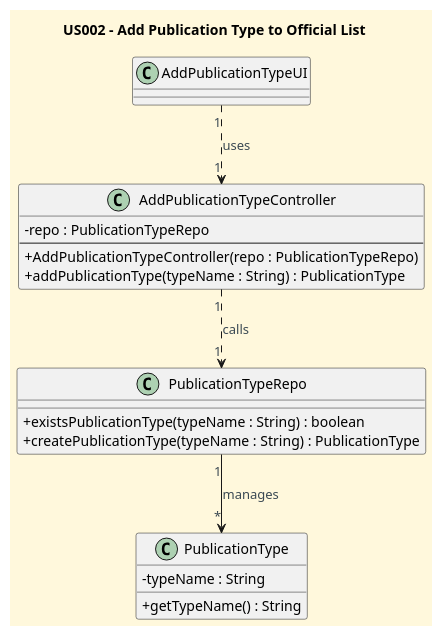
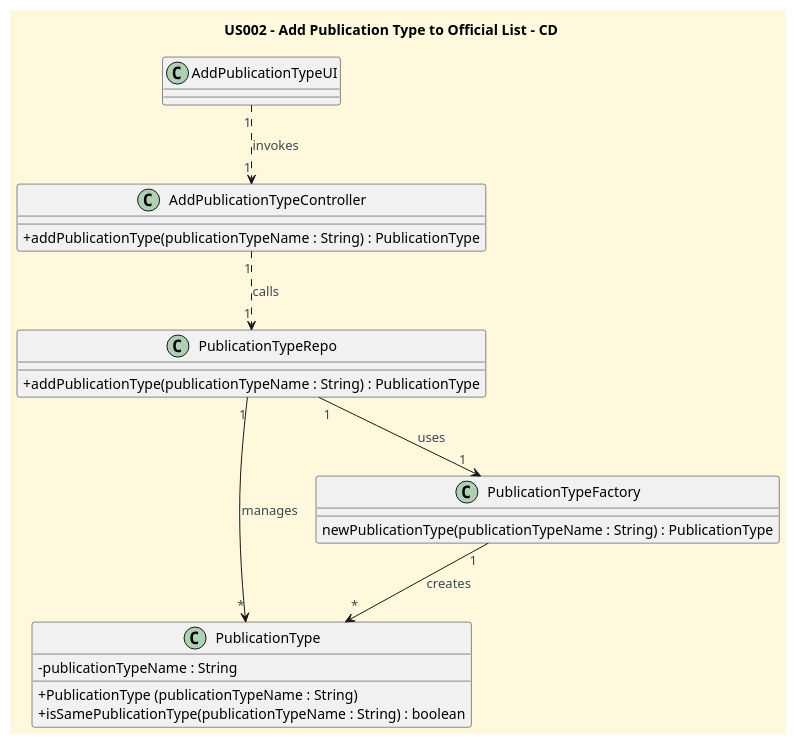
One commit to CarolinaLeite-collab/JavaMarketplacePlatform changed the diagram in docs/userStories/US002/US002_add_a_new_publication_type_CD.puml. Above: the diagram before and after it, drawn with PlantUML. The commit also changed 1 other file, not shown here.

```diff
--- a/docs/userStories/US002/US002_add_a_new_publication_type_CD.puml
+++ b/docs/userStories/US002/US002_add_a_new_publication_type_CD.puml
@@ -1,43 +1,50 @@
 @startuml
-title US002 - Add Publication Type to Official List
+title US002 - Add Publication Type to Official List - CD
 
 skinparam monochrome false
 skinparam shadowing false
 skinparam defaultFontName Futura
 skinparam objectFontSize 20
 skinparam backgroundColor CornSilk
 skinparam objectBackgroundColor WhiteSmoke
 skinparam noteBackgroundColor #FFFFE0
 skinparam ArrowFontColor #3B4953
 skinparam ActivationBackgroundColor black
 skinparam classAttributeIconSize 0
 
 ' ===== UI =====
 class AddPublicationTypeUI
 
 ' ===== ENTITY =====
 class PublicationType {
-  - typeName : String
-  + getTypeName() : String
+  - publicationTypeName : String
+  + PublicationType (publicationTypeName : String)
+  + isSamePublicationType(publicationTypeName : String) : boolean
+}
+
+' ===== FACTORY =====
+
+class PublicationTypeFactory {
+  newPublicationType(publicationTypeName : String) : PublicationType
 }
 
 ' ===== REPOSITORY =====
 class PublicationTypeRepo {
-  + existsPublicationType(typeName : String) : boolean
-  + createPublicationType(typeName : String) : PublicationType
+  + addPublicationType(publicationTypeName : String) : PublicationType
 }
 
 ' ===== CONTROLLER =====
 class AddPublicationTypeController {
-  - repo : PublicationTypeRepo
-  --
-  + AddPublicationTypeController(repo : PublicationTypeRepo)
-  + addPublicationType(typeName : String) : PublicationType
+'  - ptr : PublicationTypeRepo
+'  + createPublicationTypeController(repo : PublicationTypeRepo)
+  + addPublicationType(publicationTypeName : String) : PublicationType
 }
 
 ' ===== RELATIONSHIPS =====
-AddPublicationTypeUI "1" ..> "1" AddPublicationTypeController: uses
+AddPublicationTypeUI "1" ..> "1" AddPublicationTypeController: invokes
 AddPublicationTypeController "1" ..> "1" PublicationTypeRepo: calls
+PublicationTypeRepo "1" --> "1" PublicationTypeFactory: uses
+PublicationTypeFactory "1" --> "*" PublicationType: creates
 PublicationTypeRepo "1"--> "*" PublicationType: manages
 
 @enduml
```
